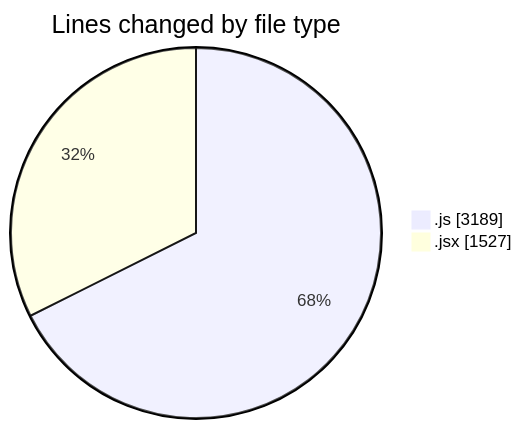
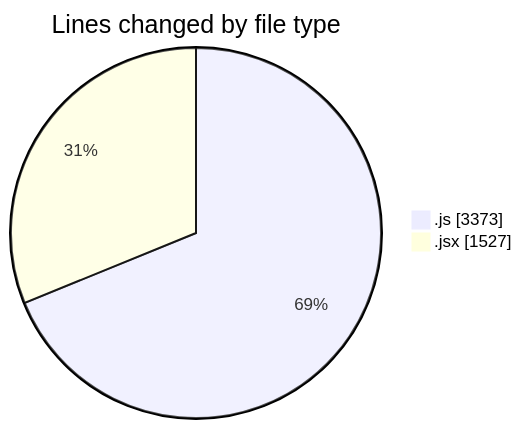
Before and after one commit to nxtqubesakshisongat/code-tracking: the first of 2 diagrams in 2025-08-13/nxtqube_webapp/README.md, drawn with Mermaid. The commit also changed other lines of this file and 1 other file, not shown here.

````diff
--- a/2025-08-13/nxtqube_webapp/README.md
+++ b/2025-08-13/nxtqube_webapp/README.md
@@ -23,6 +23,6 @@
 ```mermaid
 pie showData
 title Lines changed by file type
-".js" : 3189
+".js" : 3373
 ".jsx" : 1527
 ```
````
